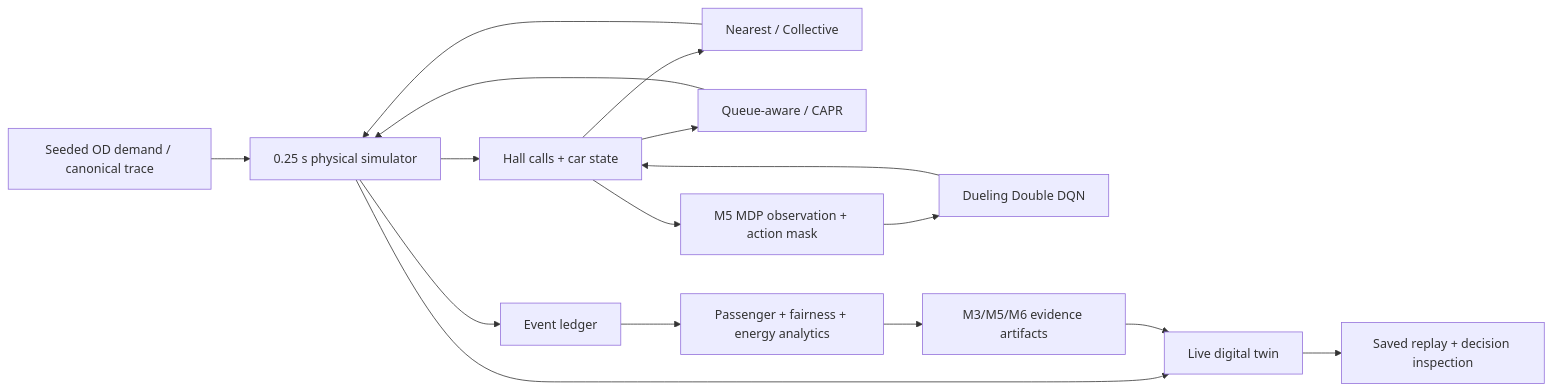
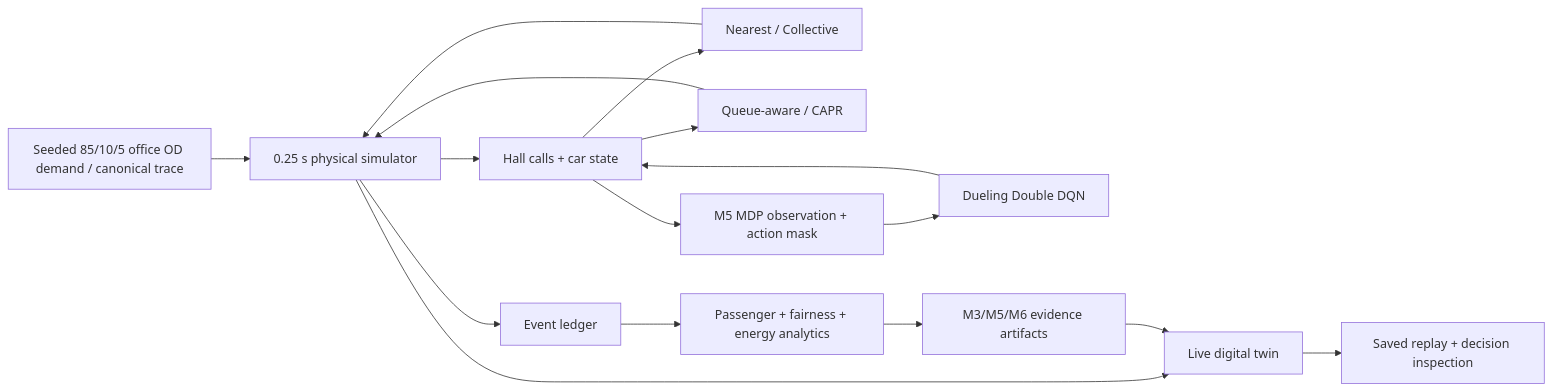
The diagram in docs/M6_RESEARCH_REPORT.md (oosuhada/elevator-queue-lab), drawn with Mermaid before and after one commit. The commit also changed other lines of this file and 28 other files, not shown here.

Commit message:
feat: harden office demand realism

````diff
--- a/docs/M6_RESEARCH_REPORT.md
+++ b/docs/M6_RESEARCH_REPORT.md
@@ -46,18 +48,18 @@
 ```mermaid
 flowchart LR
-    A[Seeded OD demand / canonical trace] --> B[0.25 s physical simulator]
+    A[Seeded 85/10/5 office OD demand / canonical trace] --> B[0.25 s physical simulator]
     B --> C[Hall calls + car state]
     C --> D1[Nearest / Collective]
     C --> D2[Queue-aware / CAPR]
     C --> E[M5 MDP observation + action mask]
     E --> F[Dueling Double DQN]
     F --> C
     D1 --> B
     D2 --> B
     B --> G[Event ledger]
     G --> H[Passenger + fairness + energy analytics]
     H --> I[M3/M5/M6 evidence artifacts]
     B --> J[Live digital twin]
     I --> J
     J --> K[Saved replay + decision inspection]
 ```
````
